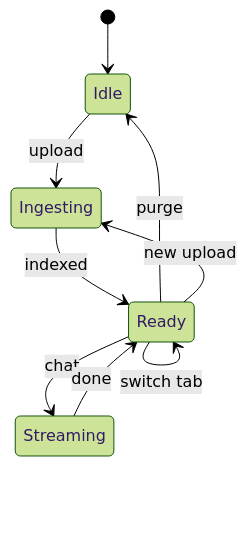
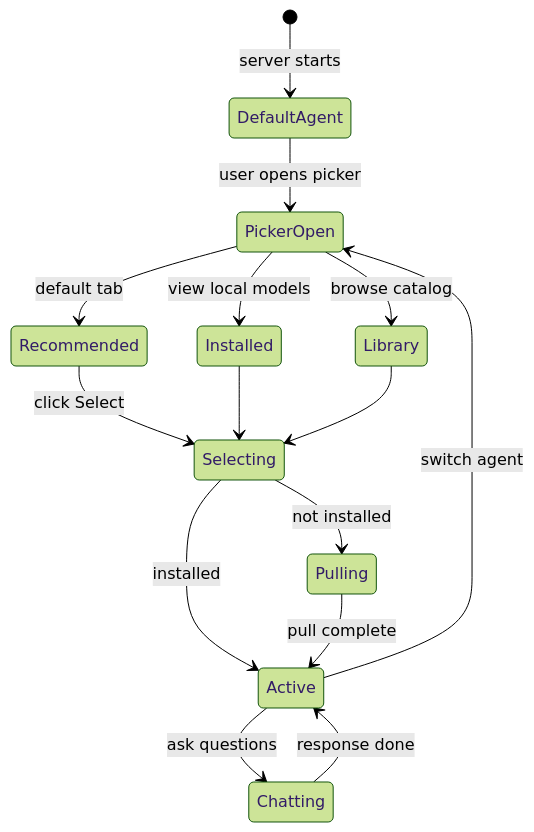
The seventh of 9 diagrams in README.md (Garvit-821/Private-Legal-Research-Agent), drawn with Mermaid (forest theme) before and after one commit. The commit also changed other lines of this file, not shown here.

Commit message:
docs: document Agent Picker, JSON v1 API, and updated architecture

````diff
--- a/README.md
+++ b/README.md
@@ -181,11 +561,17 @@
 ```mermaid
 stateDiagram-v2
-    [*] --> Idle
-    Idle --> Ingesting: upload
-    Ingesting --> Ready: indexed
-    Ready --> Streaming: chat
-    Streaming --> Ready: done
-    Ready --> Idle: purge
-    Ready --> Ingesting: new upload
-    Ready --> Ready: switch tab
+    [*] --> DefaultAgent: server starts
+    DefaultAgent --> PickerOpen: user opens picker
+    PickerOpen --> Recommended: default tab
+    PickerOpen --> Installed: view local models
+    PickerOpen --> Library: browse catalog
+    Recommended --> Selecting: click Select
+    Installed --> Selecting
+    Library --> Selecting
+    Selecting --> Pulling: not installed
+    Selecting --> Active: installed
+    Pulling --> Active: pull complete
+    Active --> Chatting: ask questions
+    Chatting --> Active: response done
+    Active --> PickerOpen: switch agent
 ```
````
